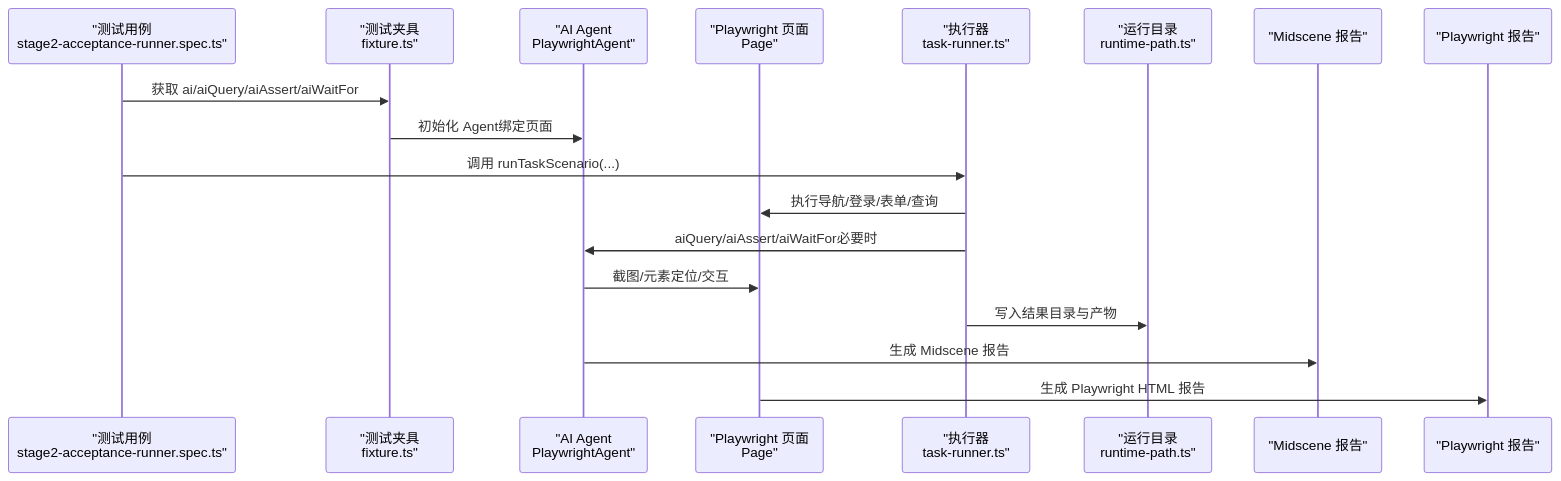
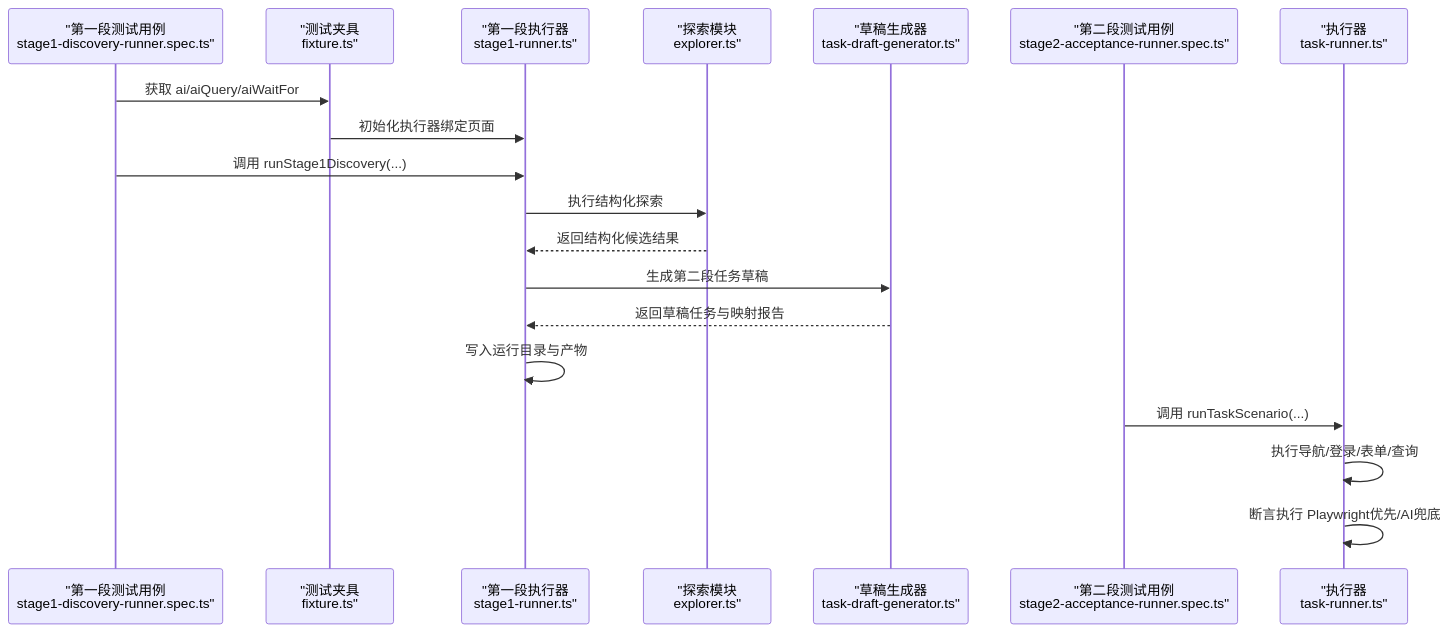
The second of 9 diagrams in .qoder/repowiki/zh/content/核心概念/AI 自动化测试基础.md (Jiane-EJ/playwright-mind), drawn with Mermaid before and after one commit. The commit also changed other lines of this file and 16 other files, not shown here.

````diff
--- a/.qoder/repowiki/zh/content/核心概念/AI 自动化测试基础.md
+++ b/.qoder/repowiki/zh/content/核心概念/AI 自动化测试基础.md
@@ -109,20 +154,21 @@
 ```mermaid
 sequenceDiagram
-participant T as "测试用例<br/>stage2-acceptance-runner.spec.ts"
+participant T1 as "第一段测试用例<br/>stage1-discovery-runner.spec.ts"
 participant FX as "测试夹具<br/>fixture.ts"
-participant AG as "AI Agent<br/>PlaywrightAgent"
-participant PW as "Playwright 页面<br/>Page"
+participant SR as "第一段执行器<br/>stage1-runner.ts"
+participant EX as "探索模块<br/>explorer.ts"
+participant TDG as "草稿生成器<br/>task-draft-generator.ts"
+participant T2 as "第二段测试用例<br/>stage2-acceptance-runner.spec.ts"
 participant TR as "执行器<br/>task-runner.ts"
-participant RP as "运行目录<br/>runtime-path.ts"
-participant MS as "Midscene 报告"
-participant PH as "Playwright 报告"
-T->>FX : 获取 ai/aiQuery/aiAssert/aiWaitFor
-FX->>AG : 初始化 Agent绑定页面
-T->>TR : 调用 runTaskScenario(...)
-TR->>PW : 执行导航/登录/表单/查询
-TR->>AG : aiQuery/aiAssert/aiWaitFor必要时
-AG->>PW : 截图/元素定位/交互
-TR->>RP : 写入结果目录与产物
-AG->>MS : 生成 Midscene 报告
-PW->>PH : 生成 Playwright HTML 报告
+T1->>FX : 获取 ai/aiQuery/aiWaitFor
+FX->>SR : 初始化执行器绑定页面
+T1->>SR : 调用 runStage1Discovery(...)
+SR->>EX : 执行结构化探索
+EX-->>SR : 返回结构化候选结果
+SR->>TDG : 生成第二段任务草稿
+TDG-->>SR : 返回草稿任务与映射报告
+SR->>SR : 写入运行目录与产物
+T2->>TR : 调用 runTaskScenario(...)
+TR->>TR : 执行导航/登录/表单/查询
+TR->>TR : 断言执行 Playwright优先/AI兜底
 ```
````
